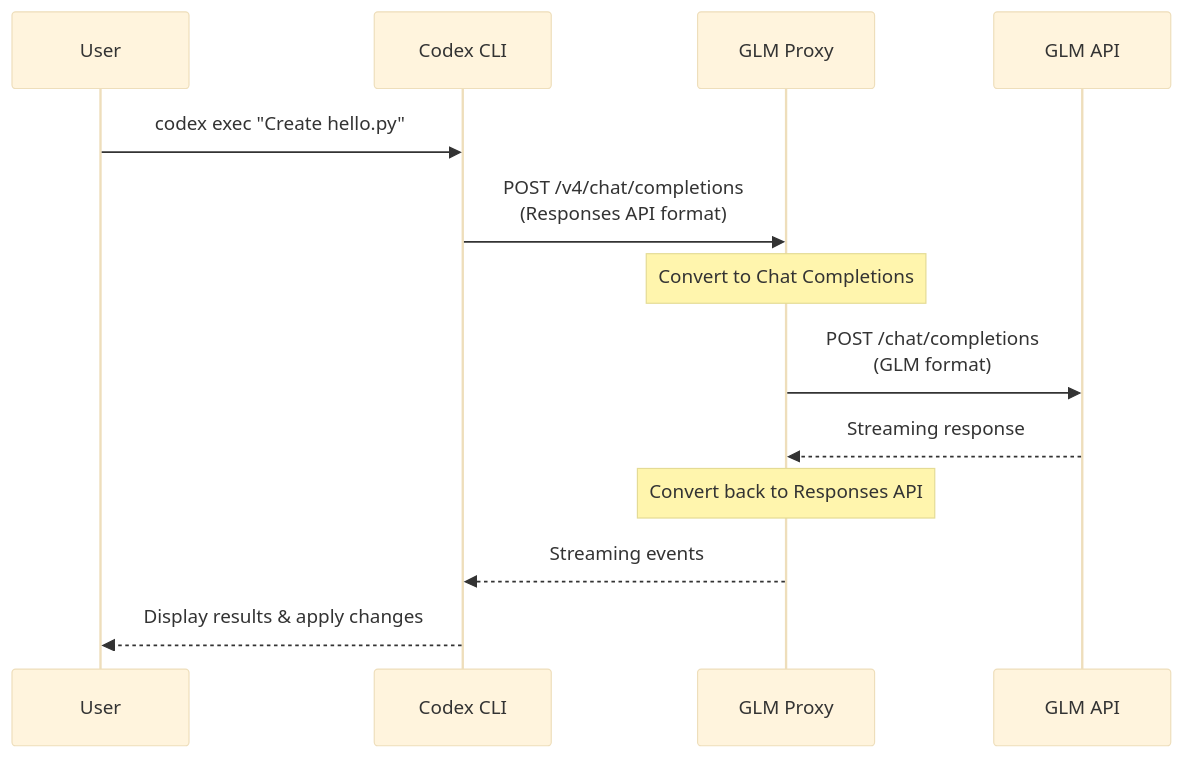
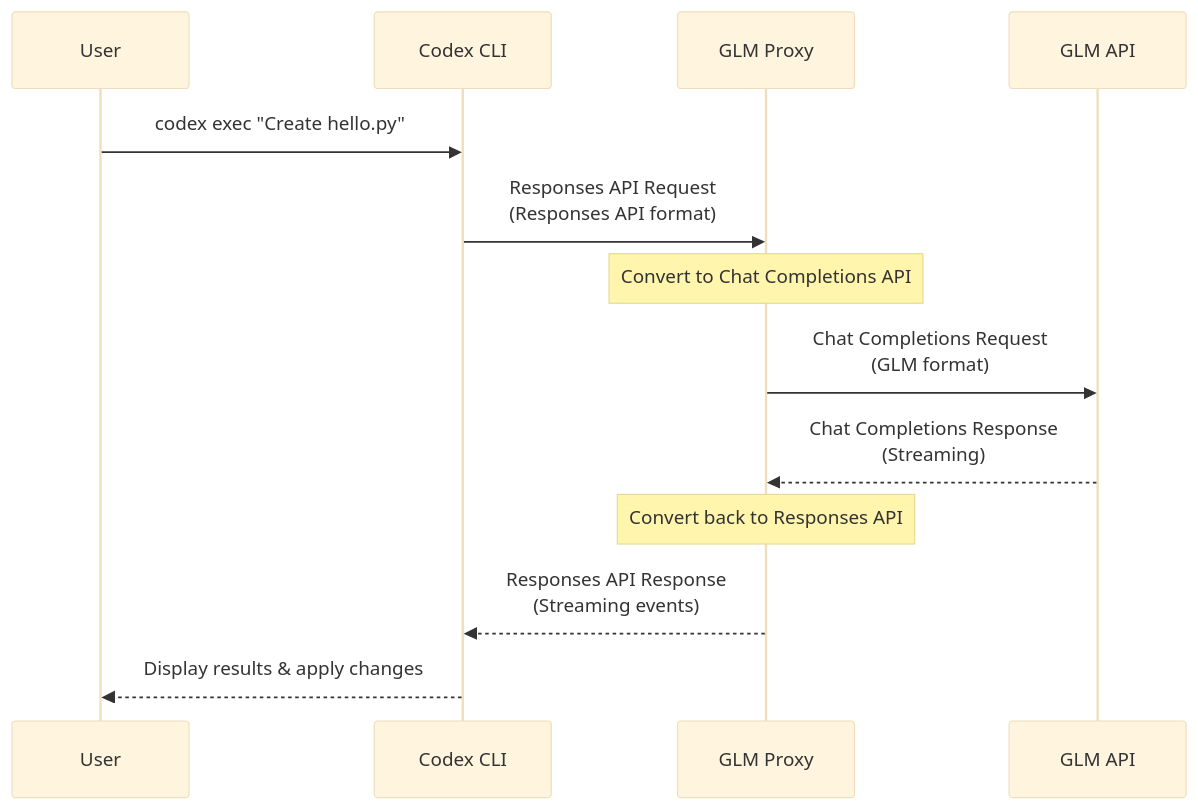
The first of 2 diagrams in README.md (JeasonWang/codex-glm-proxy), drawn with Mermaid (base theme) before and after one commit. The commit also changed other lines of this file and 1 other file, not shown here.

First line of the commit message:
Fix data flow diagrams - correct API format descriptions

````diff
--- a/README.md
+++ b/README.md
@@ -78,16 +78,16 @@
 ```mermaid
 sequenceDiagram
     participant U as User
     participant C as Codex CLI
     participant P as GLM Proxy
     participant G as GLM API
 
     U->>C: codex exec "Create hello.py"
-    C->>P: POST /v4/chat/completions<br/>(Responses API format)
-    Note over P: Convert to Chat Completions
-    P->>G: POST /chat/completions<br/>(GLM format)
-    G-->>P: Streaming response
+    C->>P: Responses API Request<br/>(Responses API format)
+    Note over P: Convert to Chat Completions API
+    P->>G: Chat Completions Request<br/>(GLM format)
+    G-->>P: Chat Completions Response<br/>(Streaming)
     Note over P: Convert back to Responses API
-    P-->>C: Streaming events
+    P-->>C: Responses API Response<br/>(Streaming events)
     C-->>U: Display results & apply changes
 ```
````
